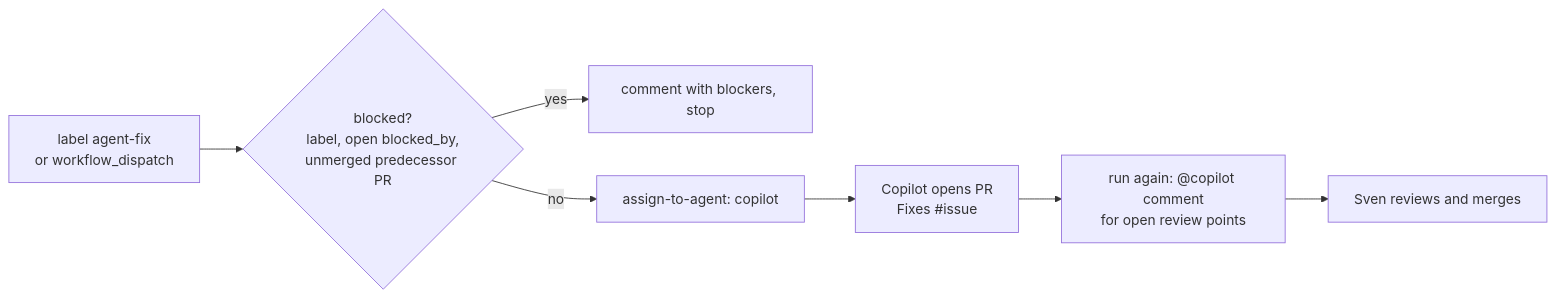
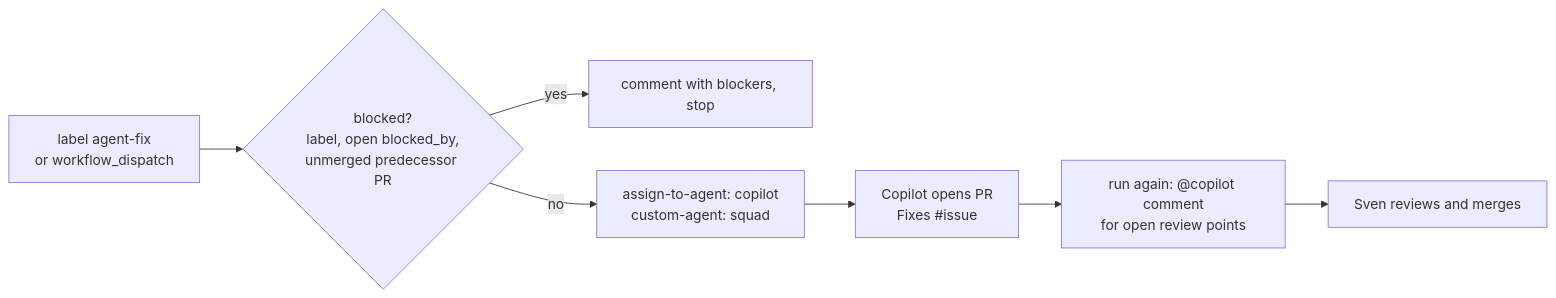
One commit to svennijhuis/agentic-workflows changed the second of 5 diagrams in workflows/README.md. Above: the diagram before and after it, drawn with Mermaid. The commit also changed other lines of this file and 2 other files, not shown here.

Commit message:
squad custom agent profile; issue-fix assigns Copilot as custom-agent squad; README install note

````diff
--- a/workflows/README.md
+++ b/workflows/README.md
@@ -52,9 +52,9 @@
 ```mermaid
 flowchart LR
   A[label agent-fix<br/>or workflow_dispatch] --> B{blocked?<br/>label, open blocked_by,<br/>unmerged predecessor PR}
   B -->|yes| C[comment with blockers, stop]
-  B -->|no| D[assign-to-agent: copilot]
+  B -->|no| D[assign-to-agent: copilot<br/>custom-agent: squad]
   D --> E[Copilot opens PR<br/>Fixes #issue]
   E --> F[run again: @copilot comment<br/>for open review points]
   F --> G[Sven reviews and merges]
 ```
````
